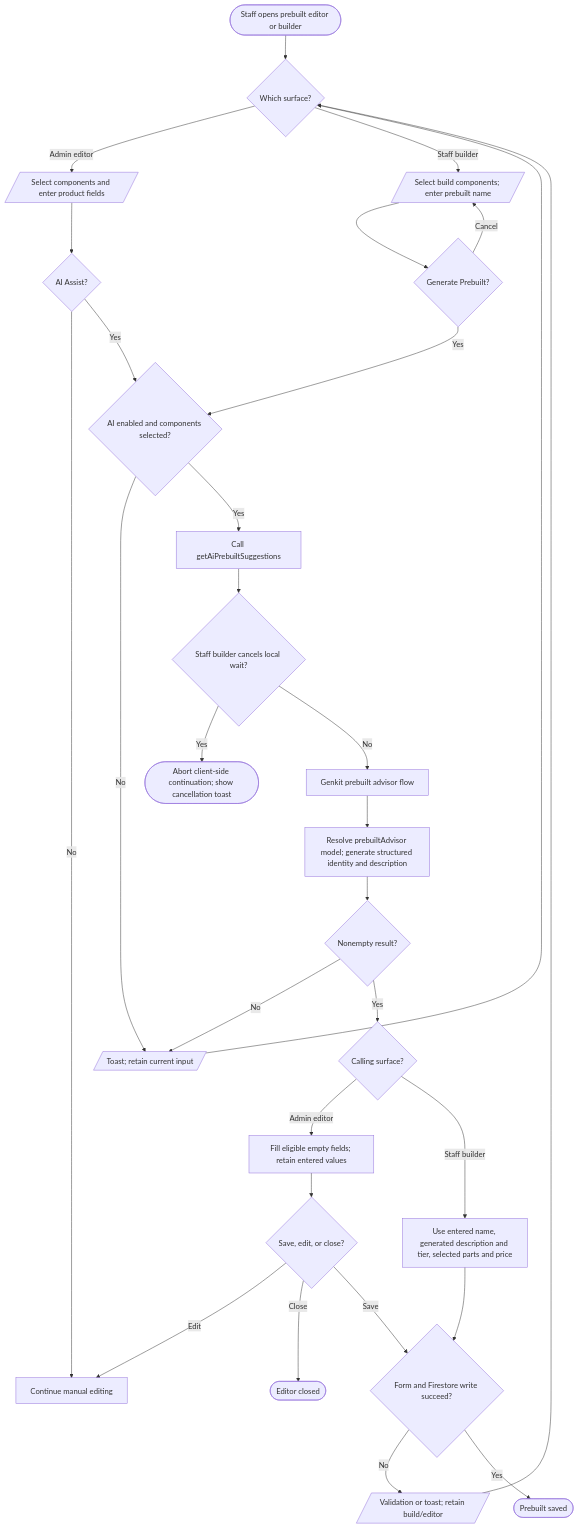
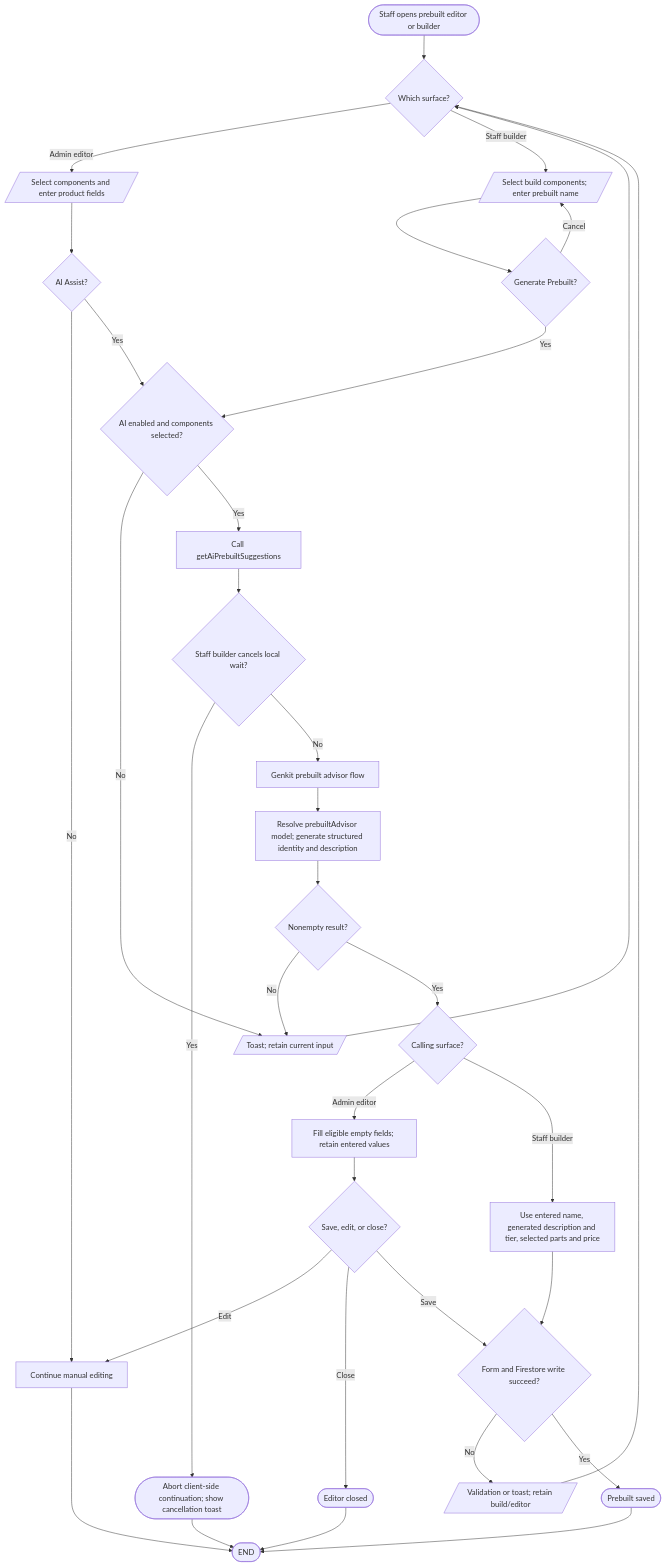
One commit to VirgenRayzon/BuilbotAI changed the diagram in docs/flowcharts/ai-system/ai-prebuilt-assist-flowchart.mmd. Above: the diagram before and after it, drawn with Mermaid. The commit also changed 109 other files, not shown here.

Commit message:
feat(builder): add live recommendations, budget slider, and updated system flowcharts

```diff
--- a/docs/flowcharts/ai-system/ai-prebuilt-assist-flowchart.mmd
+++ b/docs/flowcharts/ai-system/ai-prebuilt-assist-flowchart.mmd
@@ -1,28 +1,32 @@
 flowchart TD
   Start([Staff opens prebuilt editor or builder]) --> Surface{Which surface?}
   Surface -- Admin editor --> Edit[/Select components and enter product fields/]
   Edit --> Assist{AI Assist?}
   Assist -- No --> Manual[Continue manual editing]
   Assist -- Yes --> Check{AI enabled and components selected?}
   Surface -- Staff builder --> Build[/Select build components; enter prebuilt name/]
   Build --> Generate{Generate Prebuilt?}
   Generate -- Cancel --> Build
   Generate -- Yes --> Check
   Check -- No --> Error[/Toast; retain current input/] --> Surface
   Check -- Yes --> Call[Call getAiPrebuiltSuggestions]
   Call --> Pending{Staff builder cancels local wait?}
   Pending -- Yes --> Cancel([Abort client-side continuation; show cancellation toast])
   Pending -- No --> Flow[Genkit prebuilt advisor flow]
   Flow --> Model[Resolve prebuiltAdvisor model; generate structured identity and description]
   Model --> Valid{Nonempty result?}
   Valid -- No --> Error
   Valid -- Yes --> Return{Calling surface?}
   Return -- Admin editor --> Apply[Fill eligible empty fields; retain entered values]
   Apply --> Choice{Save, edit, or close?}
   Choice -- Edit --> Manual
   Choice -- Close --> End([Editor closed])
   Choice -- Save --> Write{Form and Firestore write succeed?}
   Return -- Staff builder --> Assemble[Use entered name, generated description and tier, selected parts and price]
   Assemble --> Write
   Write -- No --> SaveError[/Validation or toast; retain build/editor/] --> Surface
   Write -- Yes --> Done([Prebuilt saved])
+  Manual --> Finish([END])
+  Cancel --> Finish
+  End --> Finish
+  Done --> Finish
```
